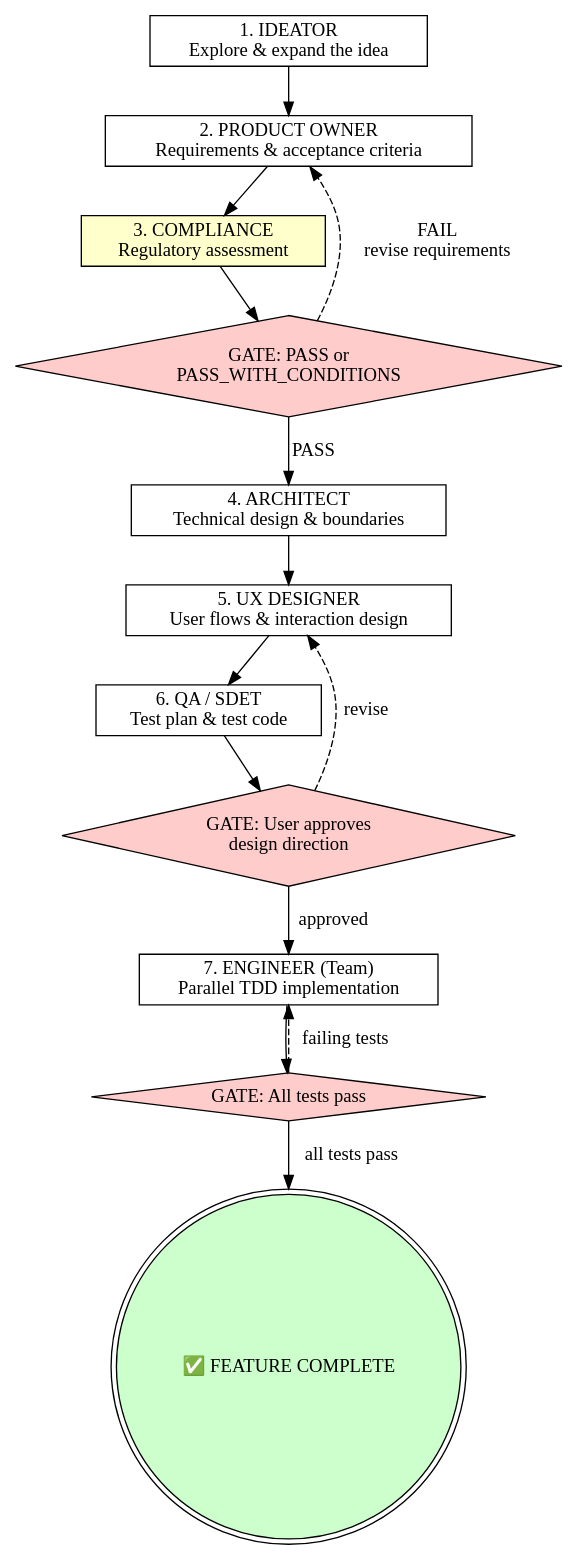
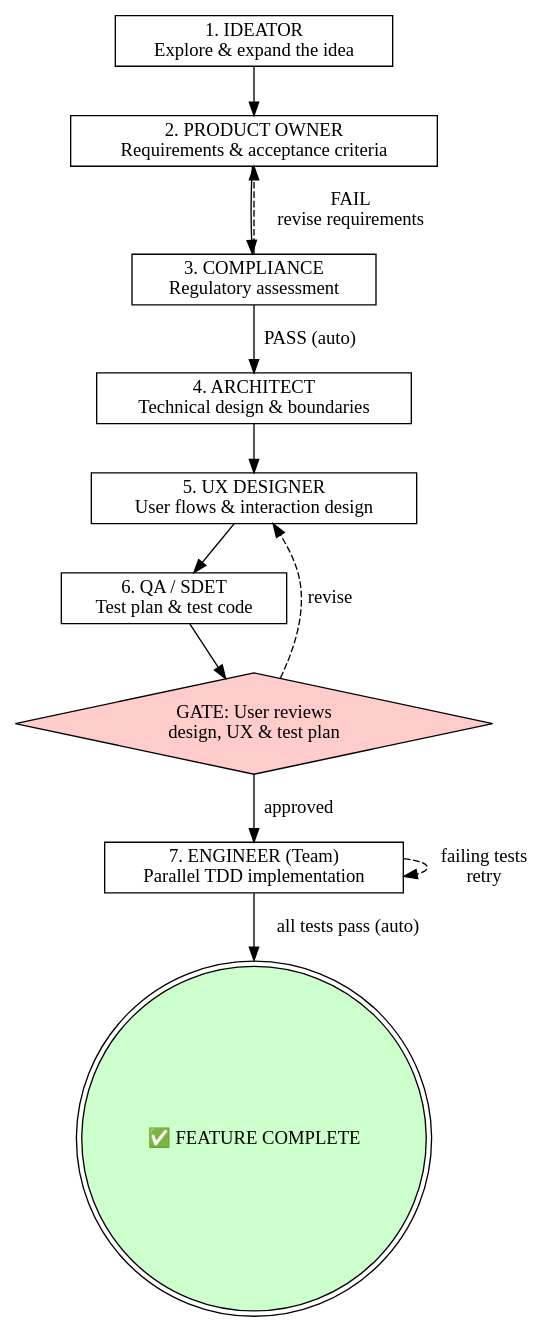
One commit to jknack0/sdlc-pipeline changed the diagram in skills/orchestrator/SKILL.md. Above: the diagram before and after it, drawn with Graphviz. The commit also changed other lines of this file and 7 other files, not shown here.

````diff
--- a/skills/orchestrator/SKILL.md
+++ b/skills/orchestrator/SKILL.md
@@ -16,32 +16,28 @@
 ```dot
 digraph pipeline {
     rankdir=TB;
     node [shape=box];
 
     ideator [label="1. IDEATOR\nExplore & expand the idea"];
     po [label="2. PRODUCT OWNER\nRequirements & acceptance criteria"];
-    compliance [label="3. COMPLIANCE\nRegulatory assessment" style=filled fillcolor="#ffffcc"];
-    gate_compliance [label="GATE: PASS or\nPASS_WITH_CONDITIONS" shape=diamond style=filled fillcolor="#ffcccc"];
+    compliance [label="3. COMPLIANCE\nRegulatory assessment"];
     architect [label="4. ARCHITECT\nTechnical design & boundaries"];
     ux [label="5. UX DESIGNER\nUser flows & interaction design"];
     qa [label="6. QA / SDET\nTest plan & test code"];
-    gate_design [label="GATE: User approves\ndesign direction" shape=diamond style=filled fillcolor="#ffcccc"];
+    gate_design [label="GATE: User reviews\ndesign, UX & test plan" shape=diamond style=filled fillcolor="#ffcccc"];
     engineer [label="7. ENGINEER (Team)\nParallel TDD implementation"];
-    gate_verify [label="GATE: All tests pass" shape=diamond style=filled fillcolor="#ffcccc"];
     done [label="✅ FEATURE COMPLETE" shape=doublecircle style=filled fillcolor="#ccffcc"];
 
     ideator -> po;
     po -> compliance;
-    compliance -> gate_compliance;
-    gate_compliance -> architect [label="PASS"];
-    gate_compliance -> po [label="FAIL\nrevise requirements" style=dashed];
+    compliance -> architect [label="PASS (auto)"];
+    compliance -> po [label="FAIL\nrevise requirements" style=dashed];
     architect -> ux;
     ux -> qa;
     qa -> gate_design;
     gate_design -> engineer [label="approved"];
     gate_design -> ux [label="revise" style=dashed];
-    engineer -> gate_verify;
-    gate_verify -> done [label="all tests pass"];
-    gate_verify -> engineer [label="failing tests" style=dashed];
+    engineer -> done [label="all tests pass (auto)"];
+    engineer -> engineer [label="failing tests\nretry" style=dashed];
 }
 ```
````
